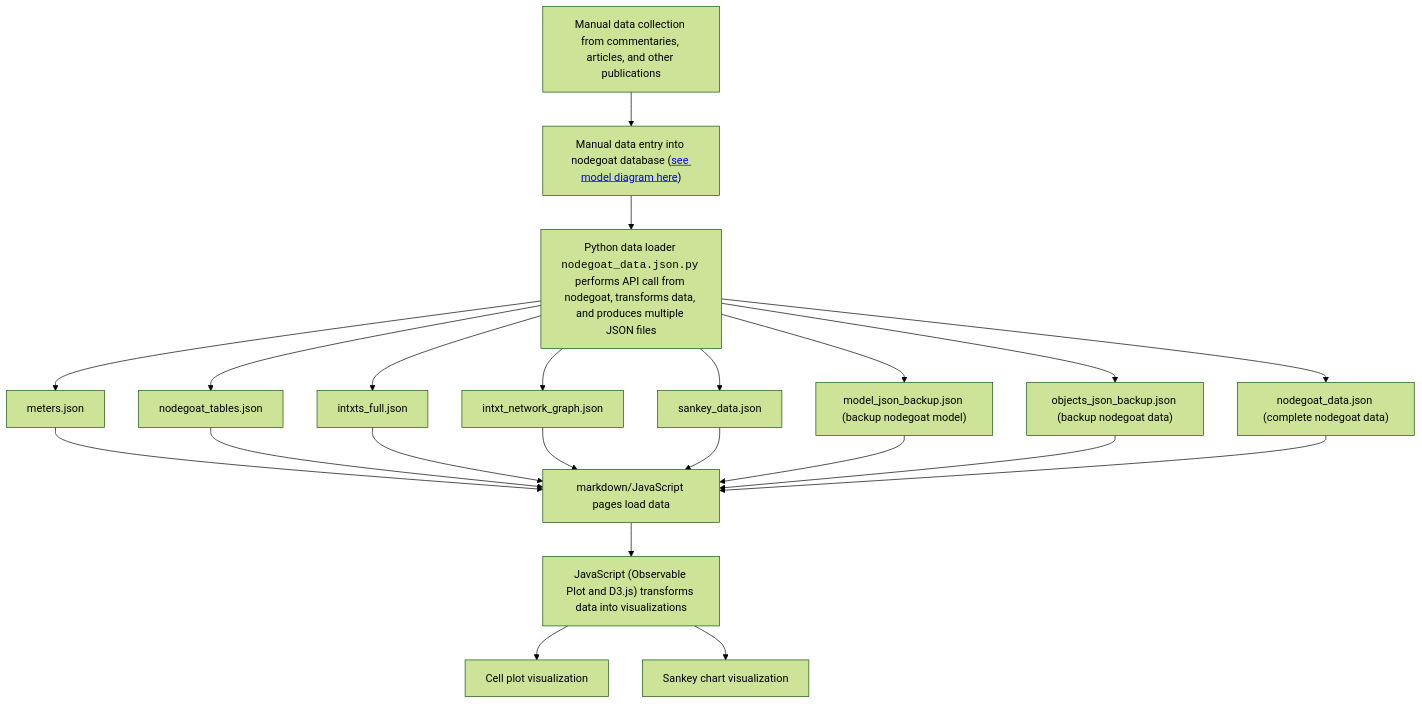
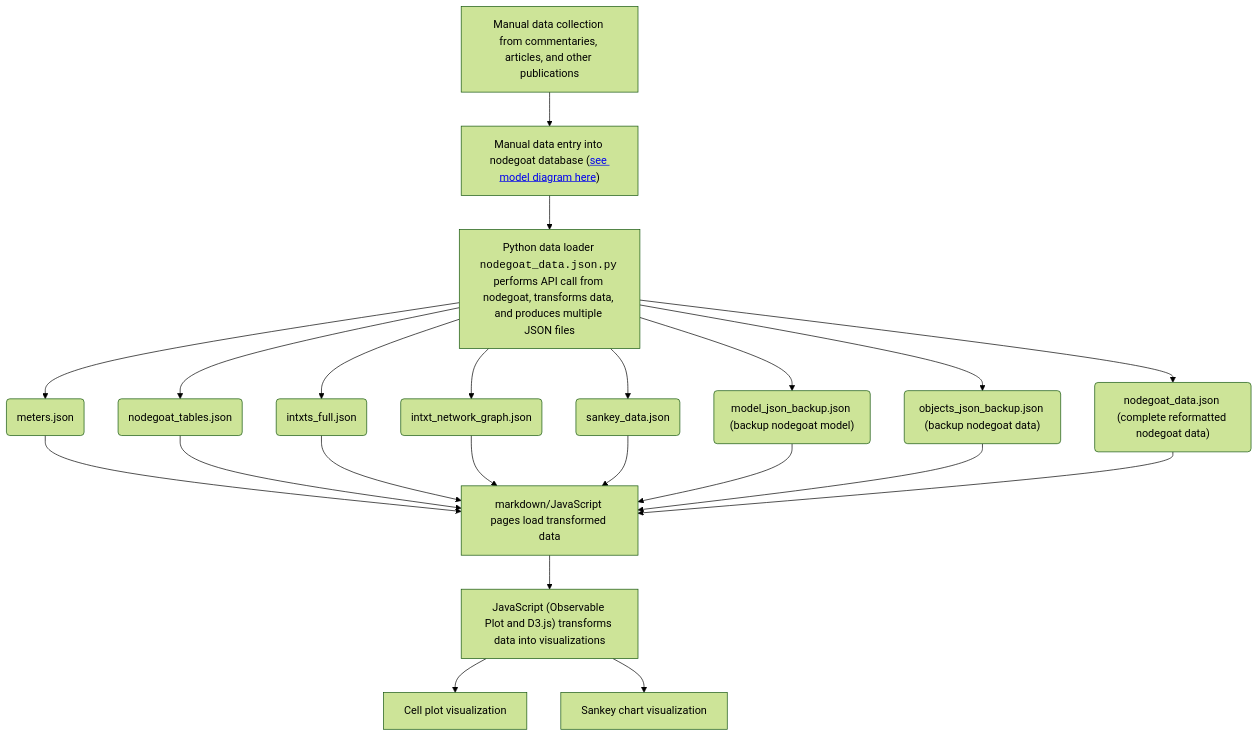
The diagram in README.md (dkrasne/visualizing_intertextuality), drawn with Mermaid (forest theme) before and after one commit. The commit also changed other lines of this file and 1 other file, not shown here.

Commit message:
Update README and thanks page

````diff
--- a/README.md
+++ b/README.md
@@ -33,30 +36,30 @@
 ```mermaid
 flowchart TD;
 	data[Manual data collection from commentaries, articles, and other publications]
 	nodegoat["Manual data entry into nodegoat database (<a href="https://pratt.darcykrasne.com/Portfolio/viz_intxt/nodegoat_model_2025-3-13.png">see model diagram here</a>)"]
 	python["Python data loader <code>nodegoat_data.json.py</code> performs API call from nodegoat, transforms data, and produces multiple JSON files"]
-	file1[meters.json]
-	file2[nodegoat_tables.json]
-	file3[intxts_full.json]
-	file4[intxt_network_graph.json]
-	file5[sankey_data.json]
-	file6["model_json_backup.json (backup nodegoat model)"]
-	file7["objects_json_backup.json (backup nodegoat data)"]
-	file8["nodegoat_data.json (complete nodegoat data)"]
-	load[markdown/JavaScript pages load data]
+	file1(meters.json)
+	file2(nodegoat_tables.json)
+	file3(intxts_full.json)
+	file4(intxt_network_graph.json)
+	file5(sankey_data.json)
+	file6("model_json_backup.json (backup nodegoat model)")
+	file7("objects_json_backup.json (backup nodegoat data)")
+	file8("nodegoat_data.json (complete reformatted nodegoat data)")
+	load[markdown/JavaScript pages load transformed data]
 	scripts["JavaScript (Observable Plot and D3.js) transforms data into visualizations"]
     viz_cell[Cell plot visualization]
     viz_sankey[Sankey chart visualization]
 	data --> nodegoat --> python
 	python --> file1 --> load
 	python --> file2 --> load
 	python --> file3 --> load
 	python --> file4 --> load
 	python --> file5 --> load
 	python --> file6 --> load
 	python --> file7 --> load
 	python --> file8 --> load
 	load --> scripts
     scripts --> viz_cell
     scripts --> viz_sankey
 ```
````
